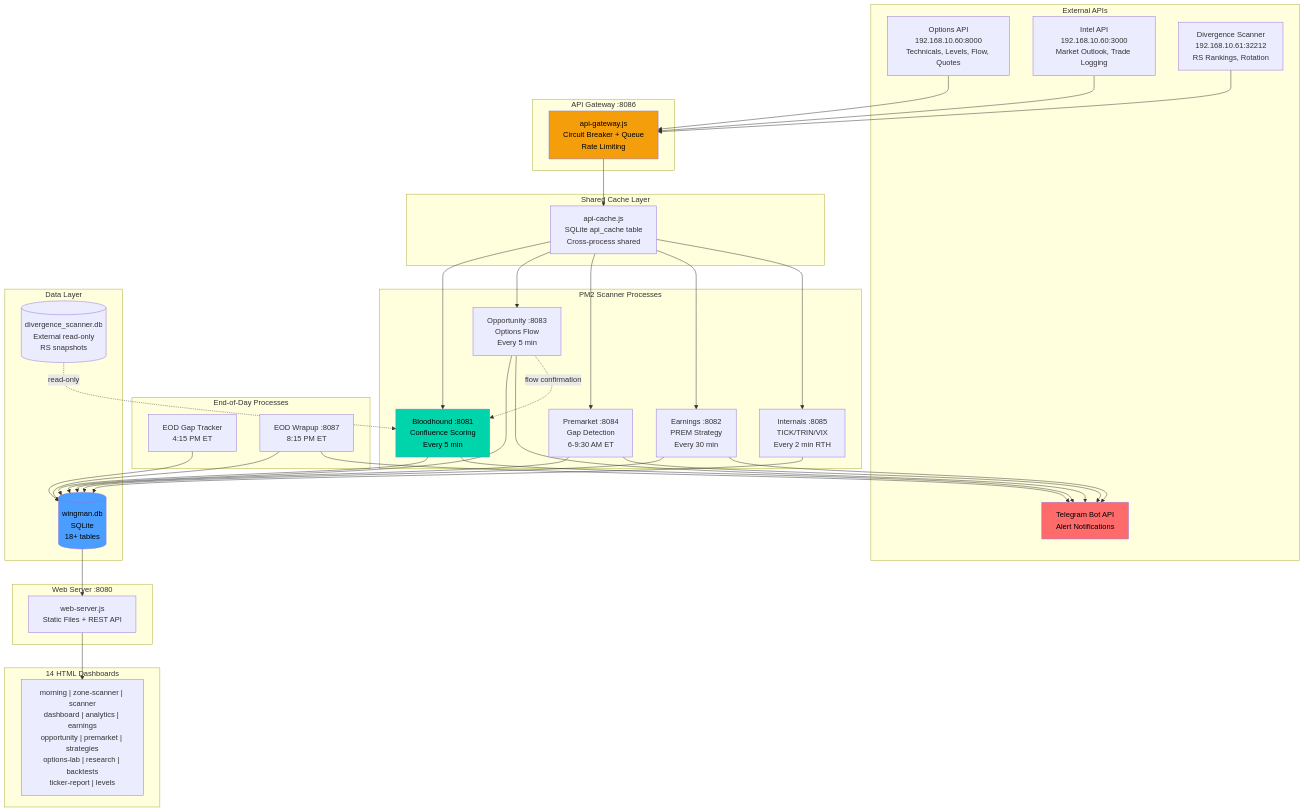
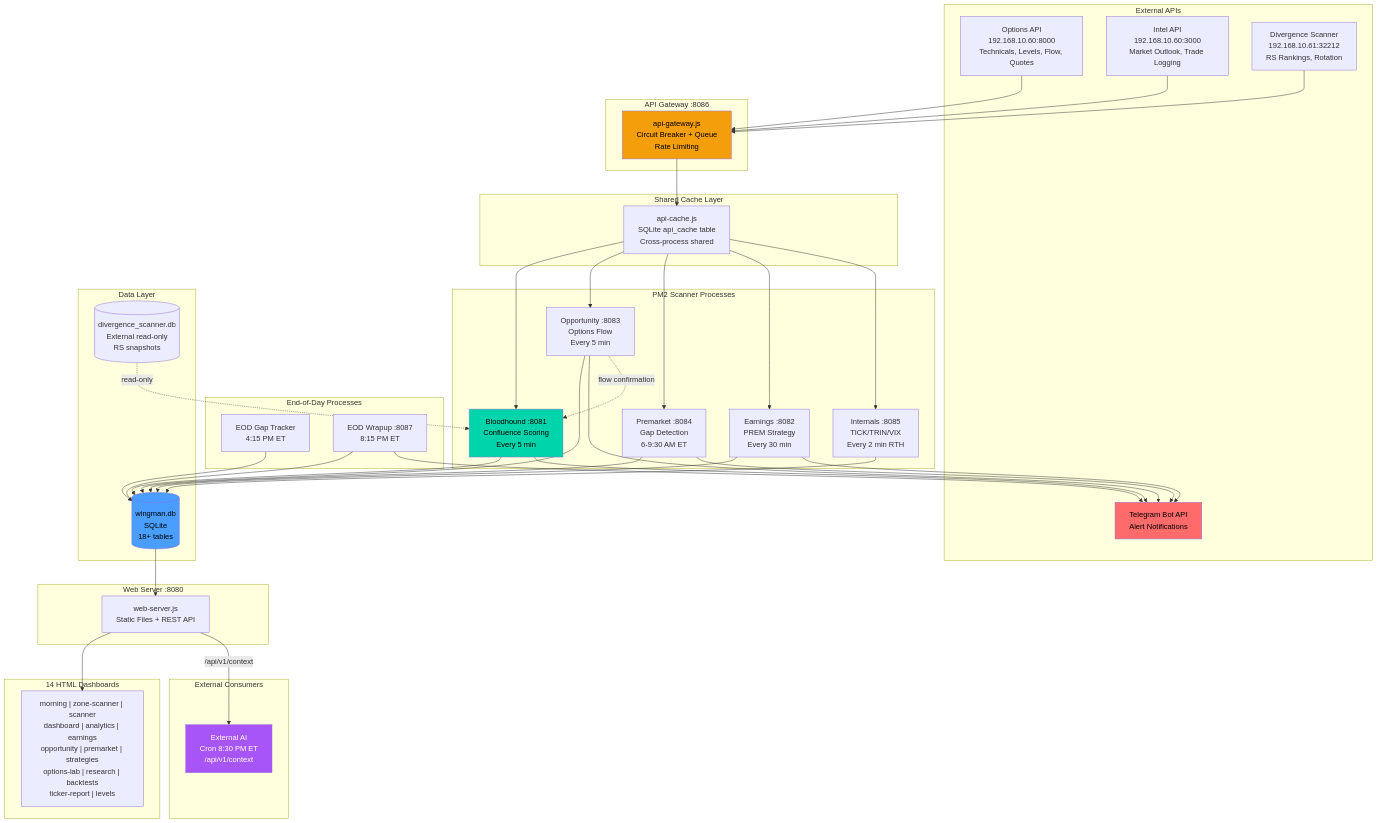
Before and after one commit to Namkuzu-da-OS/Divergance-Scanner: the first of 12 diagrams in docs/SYSTEM_ARCHITECTURE.md, drawn with Mermaid. The commit also changed other lines of this file and 3 other files, not shown here.

First line of the commit message:
Add external AI consumer to architecture diagrams and docs

````diff
--- a/docs/SYSTEM_ARCHITECTURE.md
+++ b/docs/SYSTEM_ARCHITECTURE.md
@@ -45,59 +45,65 @@
 ```mermaid
 graph TB
     subgraph External["External APIs"]
         OPT["Options API<br/>192.168.10.60:8000<br/>Technicals, Levels, Flow, Quotes"]
         INTEL["Intel API<br/>192.168.10.60:3000<br/>Market Outlook, Trade Logging"]
         DIV["Divergence Scanner<br/>192.168.10.61:32212<br/>RS Rankings, Rotation"]
         TG["Telegram Bot API<br/>Alert Notifications"]
     end
 
     subgraph Gateway["API Gateway :8086"]
         GW["api-gateway.js<br/>Circuit Breaker + Queue<br/>Rate Limiting"]
     end
 
     subgraph Cache["Shared Cache Layer"]
         AC["api-cache.js<br/>SQLite api_cache table<br/>Cross-process shared"]
     end
 
     subgraph Scanners["PM2 Scanner Processes"]
         BH["Bloodhound :8081<br/>Confluence Scoring<br/>Every 5 min"]
         OPP["Opportunity :8083<br/>Options Flow<br/>Every 5 min"]
         PM["Premarket :8084<br/>Gap Detection<br/>6-9:30 AM ET"]
         EARN["Earnings :8082<br/>PREM Strategy<br/>Every 30 min"]
         MI["Internals :8085<br/>TICK/TRIN/VIX<br/>Every 2 min RTH"]
     end
 
     subgraph EOD["End-of-Day Processes"]
         EODT["EOD Gap Tracker<br/>4:15 PM ET"]
         EODW["EOD Wrapup :8087<br/>8:15 PM ET"]
     end
 
     subgraph Data["Data Layer"]
         DB[("wingman.db<br/>SQLite<br/>18+ tables")]
         DIVDB[("divergence_scanner.db<br/>External read-only<br/>RS snapshots")]
     end
 
     subgraph Web["Web Server :8080"]
         WS["web-server.js<br/>Static Files + REST API"]
     end
 
     subgraph Dashboards["14 HTML Dashboards"]
         DASH["morning | zone-scanner | scanner<br/>dashboard | analytics | earnings<br/>opportunity | premarket | strategies<br/>options-lab | research | backtests<br/>ticker-report | levels"]
     end
 
+    subgraph Consumers["External Consumers"]
+        AI["External AI<br/>Cron 8:30 PM ET<br/>/api/v1/context"]
+    end
+
     OPT & INTEL & DIV --> GW
     GW --> AC
     AC --> BH & OPP & PM & EARN & MI
     BH & OPP & PM & EARN & MI --> DB
     EODT & EODW --> DB
     BH & OPP & EARN & PM & EODW --> TG
     DB --> WS
     WS --> DASH
+    WS -->|"/api/v1/context"| AI
     DIVDB -.->|read-only| BH
     OPP -.->|flow confirmation| BH
 
     style BH fill:#00d4aa,color:#000
     style DB fill:#4a9eff,color:#000
     style GW fill:#f59e0b,color:#000
     style TG fill:#ff6b6b,color:#000
+    style AI fill:#a855f7,color:#fff
 ```
````
